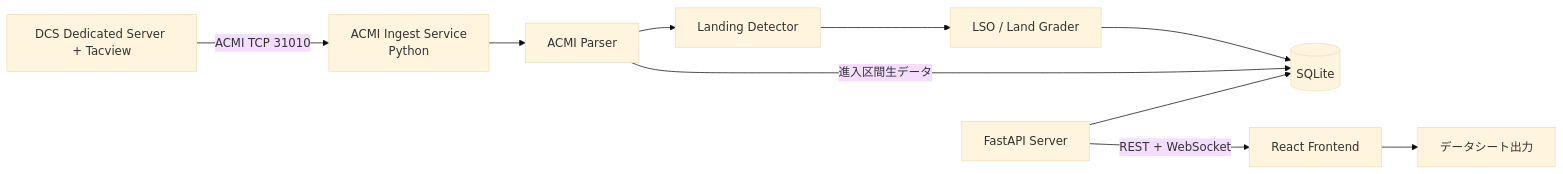
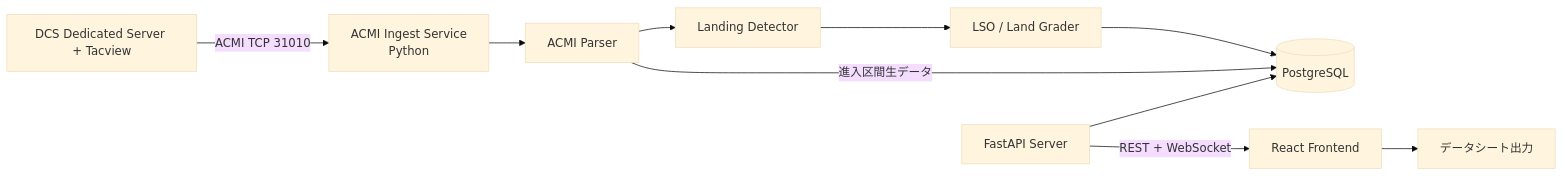
Before and after one commit to MasterMk2/DCSLandingTeacher: the diagram in plans/requirements.md, drawn with Mermaid (base theme). The commit also changed other lines of this file and 231 other files, not shown here.

First line of the commit message:
refactor: integrate PostgreSQL Compose migration and safeguards (#71)

````diff
--- a/plans/requirements.md
+++ b/plans/requirements.md
@@ -118,12 +151,12 @@
 ```mermaid
 flowchart LR
     DCS[DCS Dedicated Server + Tacview] -- ACMI TCP 31010 --> ING[ACMI Ingest Service<br/>Python]
     ING --> PARSER[ACMI Parser]
     PARSER --> DETECTOR[Landing Detector]
     DETECTOR --> GRADER[LSO / Land Grader]
-    GRADER --> DB[(SQLite)]
+    GRADER --> DB[(PostgreSQL)]
     PARSER -- 進入区間生データ --> DB
     API[FastAPI Server] --> DB
     API -- REST + WebSocket --> UI[React Frontend]
     UI --> SHEET[データシート出力]
 ```
````
